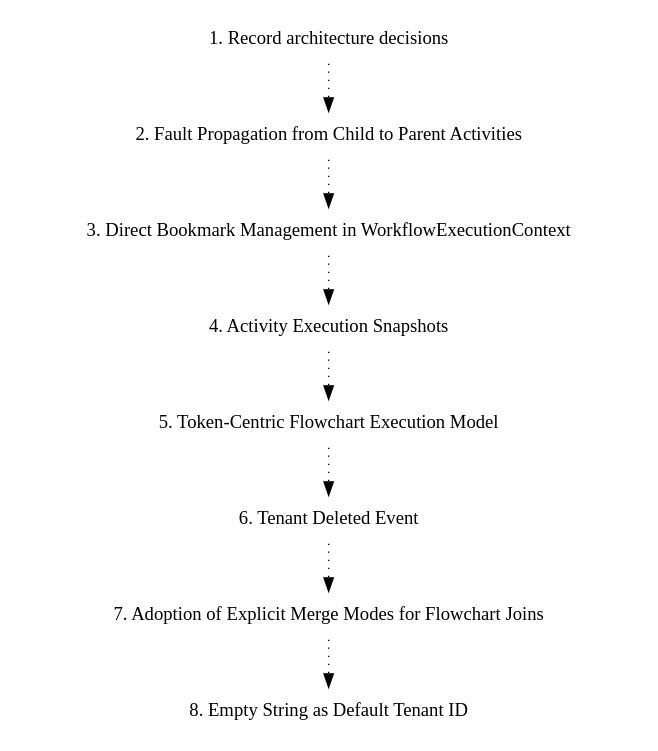
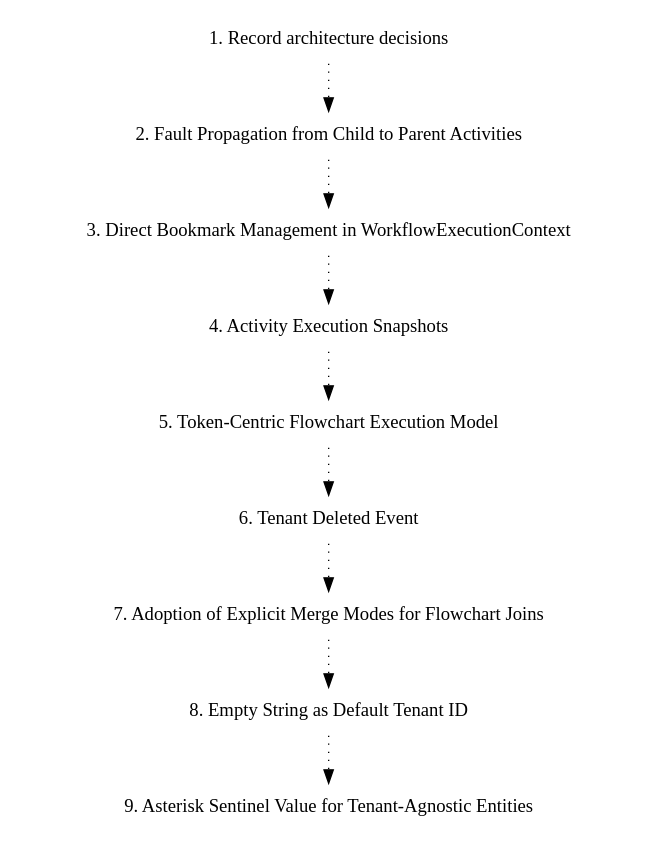
One commit to elsa-workflows/elsa-core changed the diagram in doc/adr/graph.dot. Above: the diagram before and after it, drawn with Graphviz. The commit also changed 39 other files, not shown here.

First line of the commit message:
Implement null TenantId for tenant-agnostic entities (#7226)

```diff
--- a/doc/adr/graph.dot
+++ b/doc/adr/graph.dot
@@ -1,20 +1,22 @@
 digraph {
-node [shape=plaintext];
-subgraph {
-_1 [label="1. Record architecture decisions"; URL="0001-record-architecture-decisions.html"];
-_2 [label="2. Fault Propagation from Child to Parent Activities"; URL="0002-fault-propagation-from-child-to-parent-activities.html"];
-_1 -> _2 [style="dotted", weight=1];
-_3 [label="3. Direct Bookmark Management in WorkflowExecutionContext"; URL="0003-direct-bookmark-management-in-workflowexecutioncontext.html"];
-_2 -> _3 [style="dotted", weight=1];
-_4 [label="4. Activity Execution Snapshots"; URL="0004-activity-execution-snapshots.html"];
-_3 -> _4 [style="dotted", weight=1];
-_5 [label="5. Token-Centric Flowchart Execution Model"; URL="0005-token-centric-flowchart-execution-model.html"];
-_4 -> _5 [style="dotted", weight=1];
-_6 [label="6. Tenant Deleted Event"; URL="0006-tenant-deleted-event.html"];
-_5 -> _6 [style="dotted", weight=1];
-_7 [label="7. Adoption of Explicit Merge Modes for Flowchart Joins"; URL="0007-adoption-of-explicit-merge-modes-for-flowchart-joins.html"];
-_6 -> _7 [style="dotted", weight=1];
-_8 [label="8. Empty String as Default Tenant ID"; URL="0008-empty-string-as-default-tenant-id.html"];
-_7 -> _8 [style="dotted", weight=1];
+  node [shape=plaintext];
+  subgraph {
+    _1 [label="1. Record architecture decisions"; URL="0001-record-architecture-decisions.html"];
+    _2 [label="2. Fault Propagation from Child to Parent Activities"; URL="0002-fault-propagation-from-child-to-parent-activities.html"];
+    _1 -> _2 [style="dotted", weight=1];
+    _3 [label="3. Direct Bookmark Management in WorkflowExecutionContext"; URL="0003-direct-bookmark-management-in-workflowexecutioncontext.html"];
+    _2 -> _3 [style="dotted", weight=1];
+    _4 [label="4. Activity Execution Snapshots"; URL="0004-activity-execution-snapshots.html"];
+    _3 -> _4 [style="dotted", weight=1];
+    _5 [label="5. Token-Centric Flowchart Execution Model"; URL="0005-token-centric-flowchart-execution-model.html"];
+    _4 -> _5 [style="dotted", weight=1];
+    _6 [label="6. Tenant Deleted Event"; URL="0006-tenant-deleted-event.html"];
+    _5 -> _6 [style="dotted", weight=1];
+    _7 [label="7. Adoption of Explicit Merge Modes for Flowchart Joins"; URL="0007-adoption-of-explicit-merge-modes-for-flowchart-joins.html"];
+    _6 -> _7 [style="dotted", weight=1];
+    _8 [label="8. Empty String as Default Tenant ID"; URL="0008-empty-string-as-default-tenant-id.html"];
+    _7 -> _8 [style="dotted", weight=1];
+    _9 [label="9. Asterisk Sentinel Value for Tenant-Agnostic Entities"; URL="0009-asterisk-sentinel-value-for-tenant-agnostic-entities.html"];
+    _8 -> _9 [style="dotted", weight=1];
+  }
 }
-}
```
